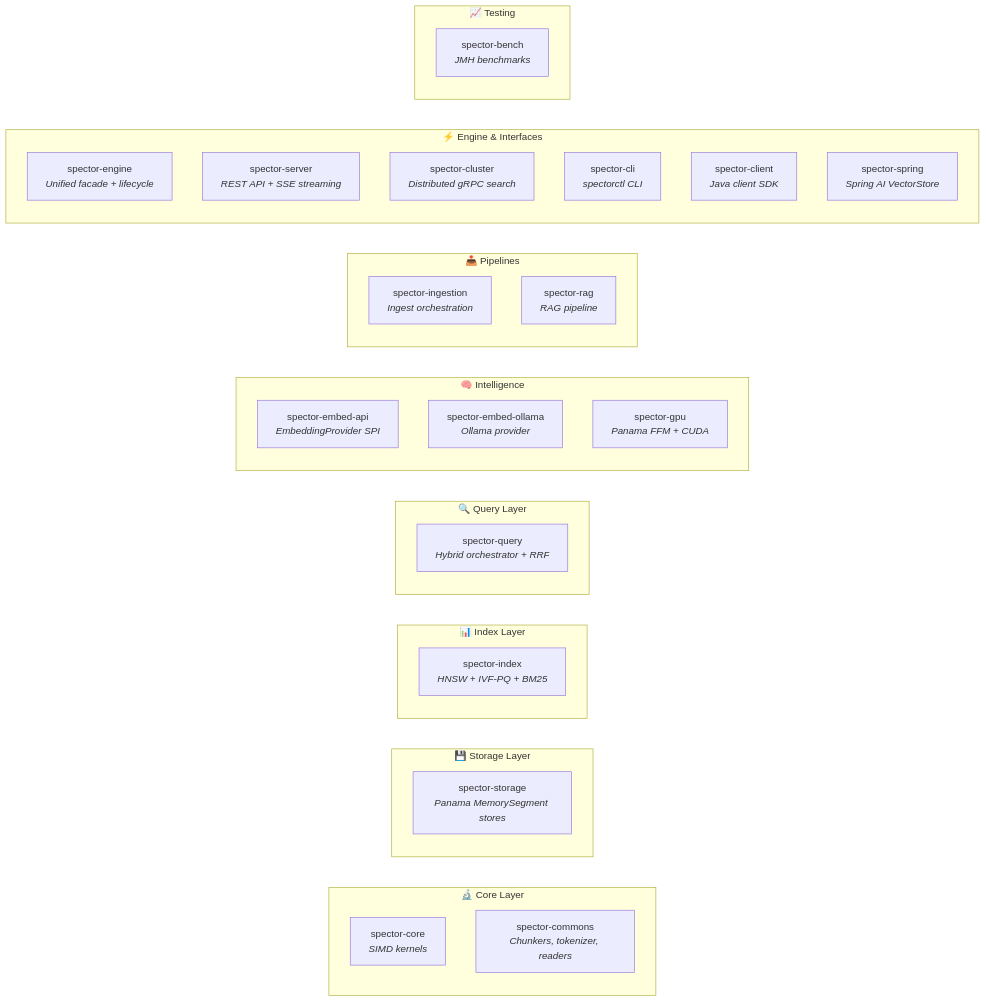
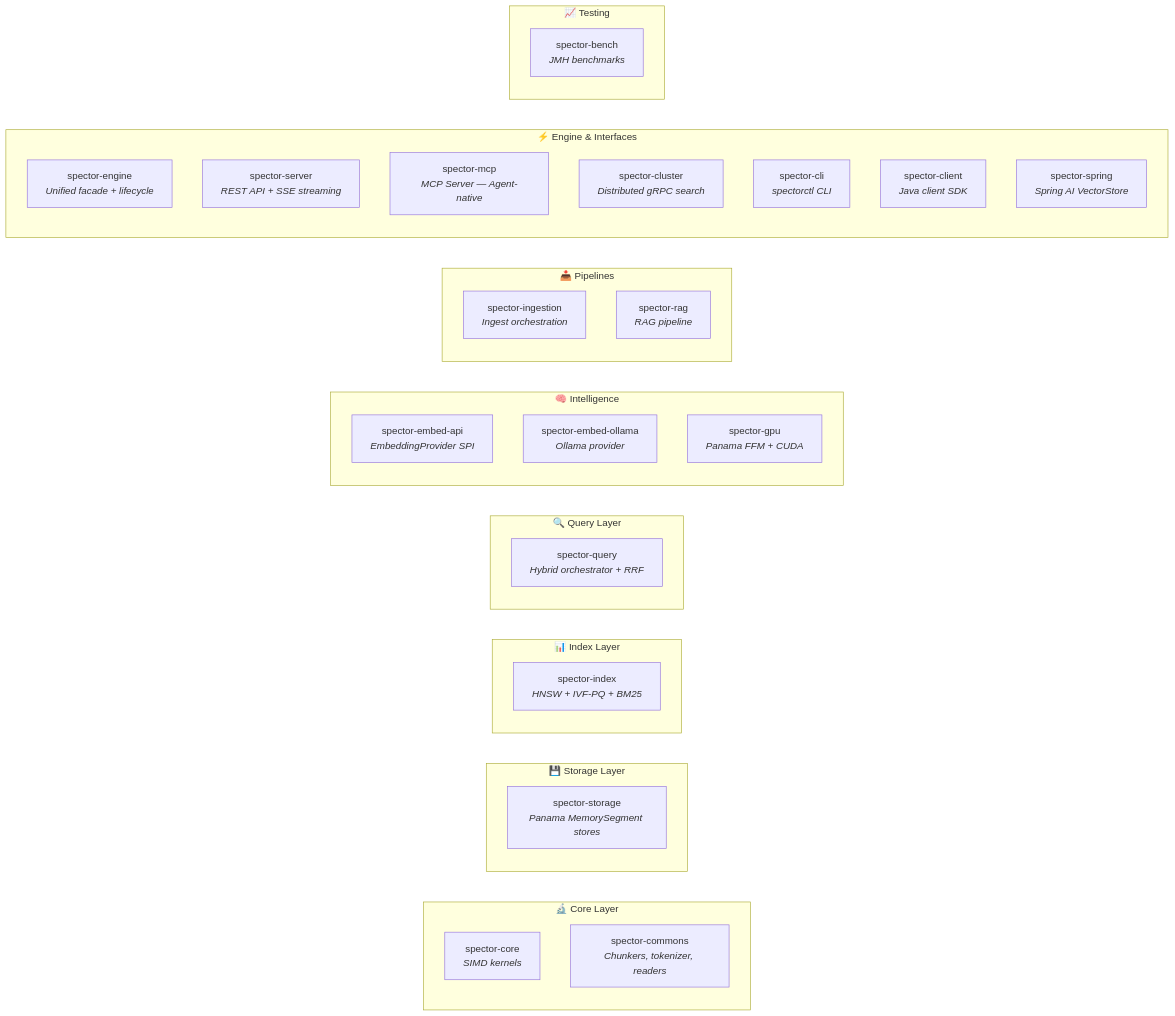
One commit to spectrayan/spector-search changed the first of 7 diagrams in docs/docs/architecture/overview.md. Above: the diagram before and after it, drawn with Mermaid. The commit also changed other lines of this file and 4 other files, not shown here.

````diff
--- a/docs/docs/architecture/overview.md
+++ b/docs/docs/architecture/overview.md
@@ -9,43 +9,44 @@
 ```mermaid
 graph LR
     subgraph "🔬 Core Layer"
         core["spector-core<br/><i>SIMD kernels</i>"]
         commons["spector-commons<br/><i>Chunkers, tokenizer, readers</i>"]
     end
 
     subgraph "💾 Storage Layer"
         storage["spector-storage<br/><i>Panama MemorySegment stores</i>"]
     end
 
     subgraph "📊 Index Layer"
         index["spector-index<br/><i>HNSW + IVF-PQ + BM25</i>"]
     end
 
     subgraph "🔍 Query Layer"
         query["spector-query<br/><i>Hybrid orchestrator + RRF</i>"]
     end
 
     subgraph "🧠 Intelligence"
         embedapi["spector-embed-api<br/><i>EmbeddingProvider SPI</i>"]
         embedollama["spector-embed-ollama<br/><i>Ollama provider</i>"]
         gpu["spector-gpu<br/><i>Panama FFM + CUDA</i>"]
     end
 
     subgraph "📥 Pipelines"
         ingestion["spector-ingestion<br/><i>Ingest orchestration</i>"]
         rag["spector-rag<br/><i>RAG pipeline</i>"]
     end
 
     subgraph "⚡ Engine & Interfaces"
         engine["spector-engine<br/><i>Unified facade + lifecycle</i>"]
         server["spector-server<br/><i>REST API + SSE streaming</i>"]
+        mcp["spector-mcp<br/><i>MCP Server — Agent-native</i>"]
         cluster["spector-cluster<br/><i>Distributed gRPC search</i>"]
         cli["spector-cli<br/><i>spectorctl CLI</i>"]
         client["spector-client<br/><i>Java client SDK</i>"]
         spring["spector-spring<br/><i>Spring AI VectorStore</i>"]
     end
 
     subgraph "📈 Testing"
         bench["spector-bench<br/><i>JMH benchmarks</i>"]
     end
 ```
````
